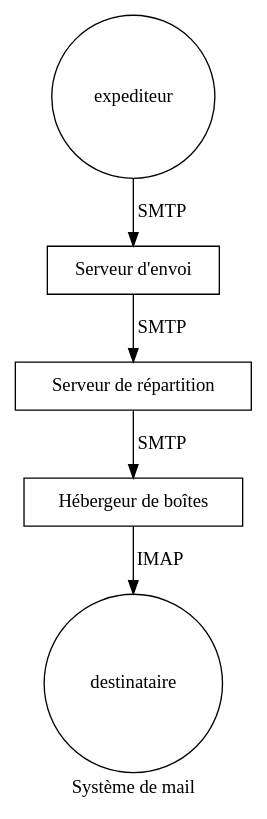
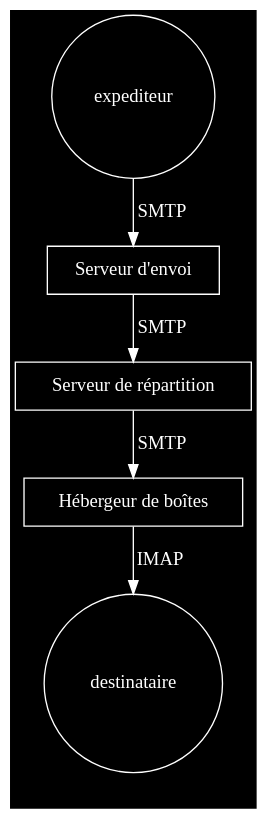
The diagram in assets/mail.gv (zhangfeng/cours), drawn with Graphviz before and after one commit. The commit also changed 3 other files, not shown here.

Commit message:
Ajout du graphe dns_request et collection mineure sur graphe mail

```diff
--- a/assets/mail.gv
+++ b/assets/mail.gv
@@ -1,13 +1,24 @@
 digraph mail {
+    // Attributs du graphe dlobal
     label = "Système de mail";
-    node [ shape = box ];
+    bgcolor = black;
+
+    // Attributs pour tous les noeuds
+    node [ shape = box, color = white, fontcolor = white ];
+
+    // Attributs pour tous les fils
+    edge [ color = white, fontcolor = white ];
+
+    // Déclaration des noeuds
     expediteur [ shape = circle ];
     envoi [ label = "Serveur d'envoi" ];
     mx [ label = "Serveur de répartition" ];
     stock [ label = "Hébergeur de boîtes" ];
     destinataire [ shape = circle ];
+
+    // Déclaration des fils
     expediteur -> envoi [ label = "SMTP" ];
     envoi -> mx [ label = "SMTP" ];
     mx -> stock [ label = "SMTP" ];
     stock -> destinataire [ label = "IMAP" ];
 }
```
